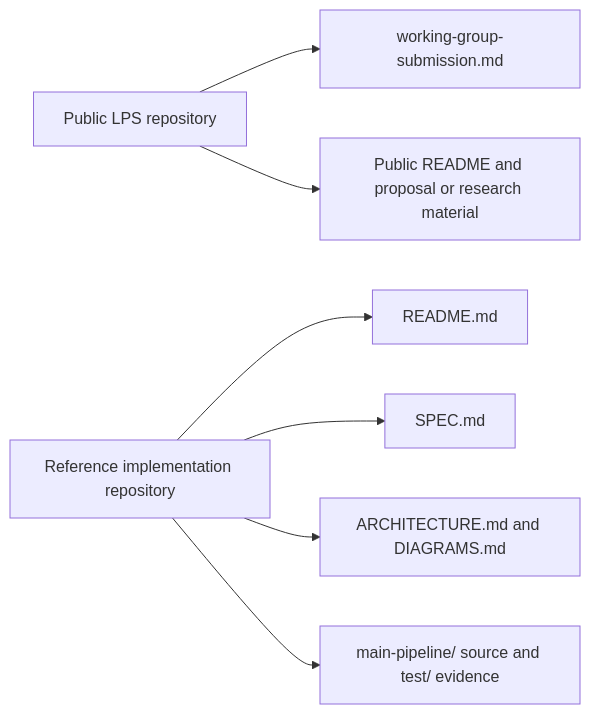
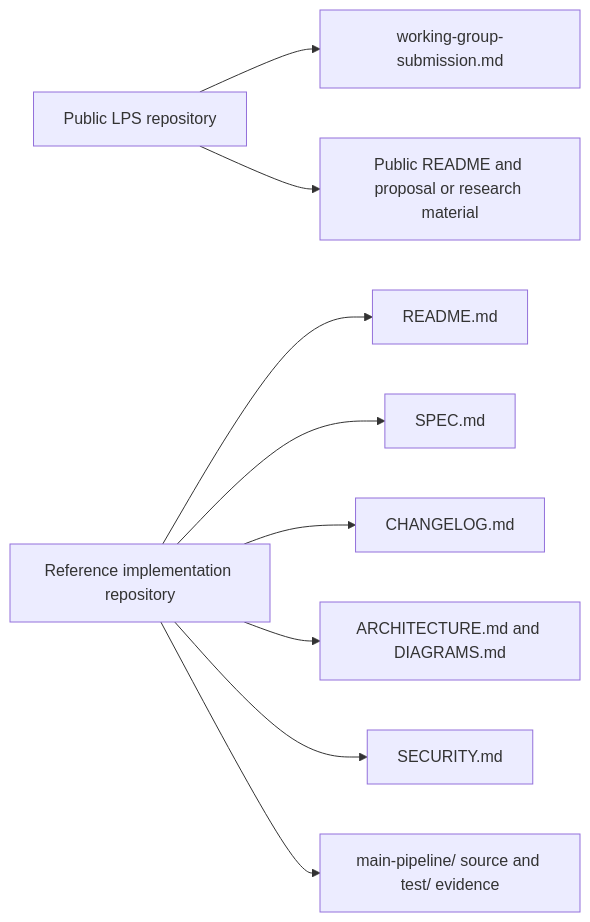
Before and after one commit to systemacticco-rgb/lps-reference-implementation: the eighth of 8 diagrams in DIAGRAMS.md, drawn with Mermaid. The commit also changed other lines of this file, not shown here.

````diff
--- a/DIAGRAMS.md
+++ b/DIAGRAMS.md
@@ -199,10 +199,12 @@
 ```mermaid
 flowchart LR
     A["Public LPS repository"] --> B["working-group-submission.md"]
     A --> C["Public README and proposal or research material"]
 
     D["Reference implementation repository"] --> E["README.md"]
     D --> F["SPEC.md"]
-    D --> G["ARCHITECTURE.md and DIAGRAMS.md"]
-    D --> H["main-pipeline/ source and test/ evidence"]
+    D --> G["CHANGELOG.md"]
+    D --> H["ARCHITECTURE.md and DIAGRAMS.md"]
+    D --> I["SECURITY.md"]
+    D --> J["main-pipeline/ source and test/ evidence"]
 ```
````
